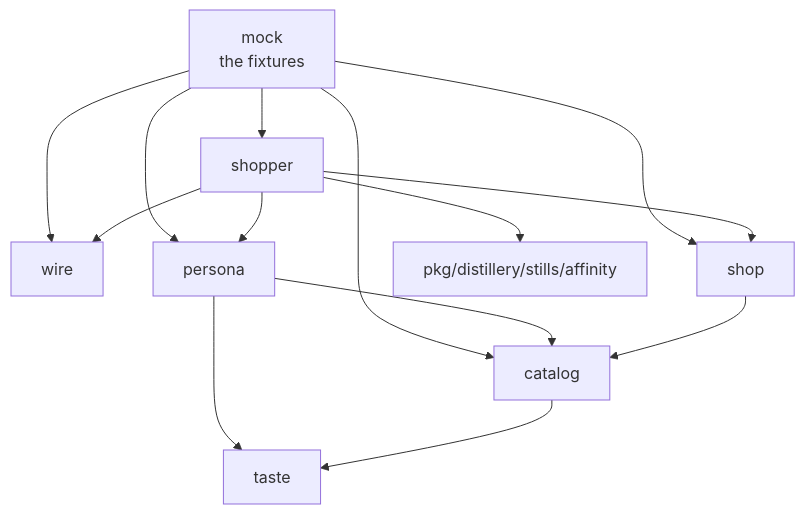
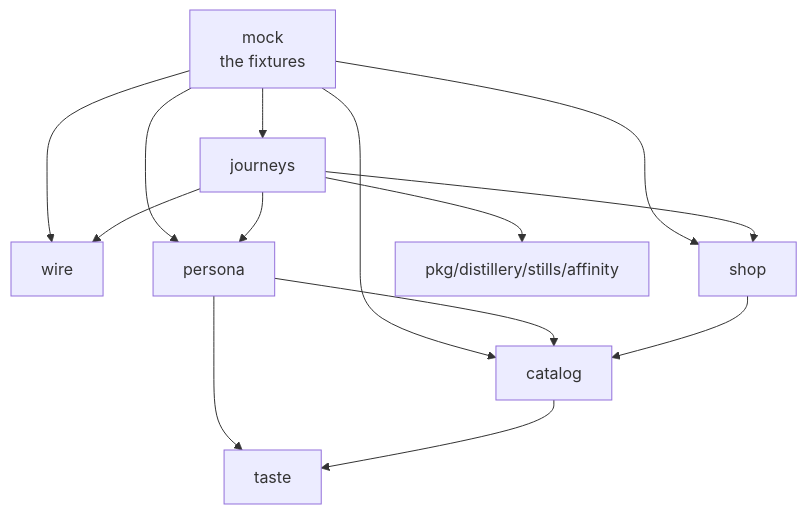
Before and after one commit to foomo/schaumamoi: the diagram in docs/guide/test-shop/index.md, drawn with Mermaid. The commit also changed other lines of this file and 26 other files, not shown here.

First line of the commit message:
refactor(mock): rename the shopper package to journeys

````diff
--- a/docs/guide/test-shop/index.md
+++ b/docs/guide/test-shop/index.md
@@ -27,9 +27,9 @@
 ```mermaid
 flowchart TD
-  mock["mock<br/>the fixtures"] --> shopper & wire & shop & persona & catalog
-  shopper --> persona & shop & wire
-  shopper --> affinity["pkg/distillery/stills/affinity"]
+  mock["mock<br/>the fixtures"] --> journeys & wire & shop & persona & catalog
+  journeys --> persona & shop & wire
+  journeys --> affinity["pkg/distillery/stills/affinity"]
   persona --> catalog & taste
   shop --> catalog
   catalog --> taste
 ```
````
